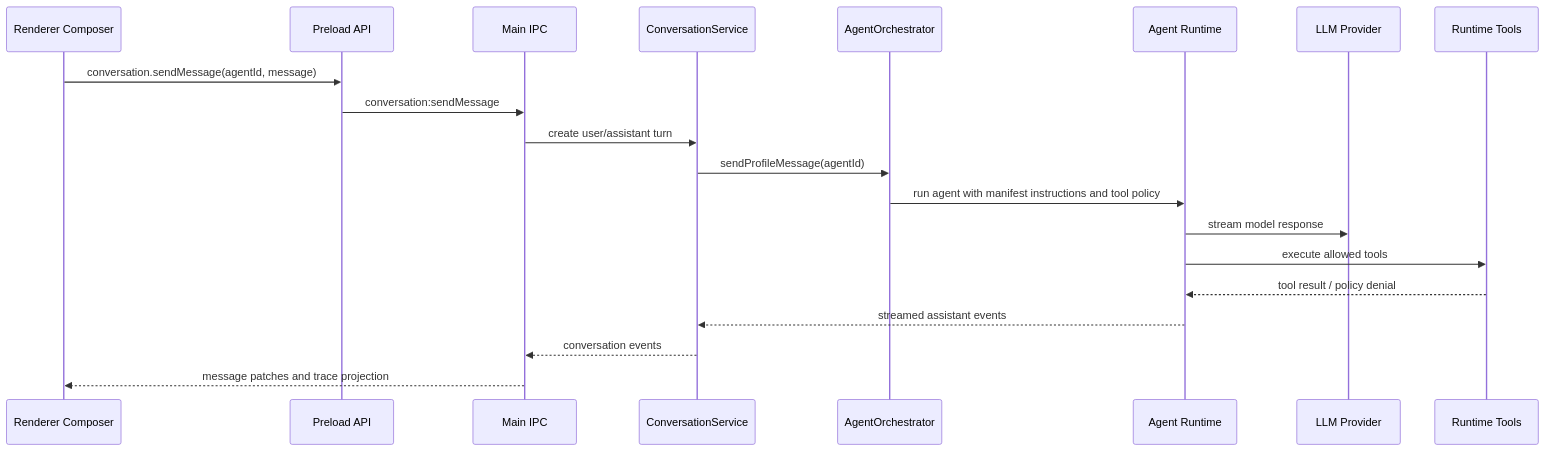
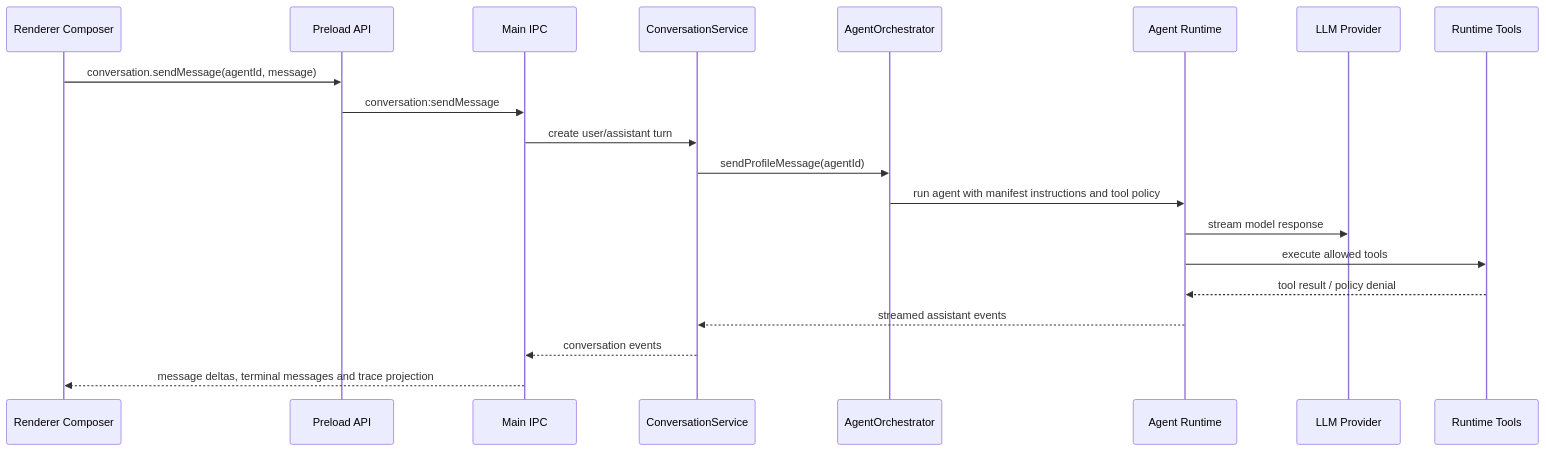
The first of 3 diagrams in docs/architecture/data-flow.md (haolange/RDC-Agent), drawn with Mermaid before and after one commit. The commit also changed other lines of this file and 15 other files, not shown here.

````diff
--- a/docs/architecture/data-flow.md
+++ b/docs/architecture/data-flow.md
@@ -7,23 +7,23 @@
 ```mermaid
 sequenceDiagram
   participant UI as Renderer Composer
   participant API as Preload API
   participant IPC as Main IPC
   participant Conversation as ConversationService
   participant Orchestrator as AgentOrchestrator
   participant Runtime as Agent Runtime
   participant Provider as LLM Provider
   participant Tools as Runtime Tools
 
   UI->>API: conversation.sendMessage(agentId, message)
   API->>IPC: conversation:sendMessage
   IPC->>Conversation: create user/assistant turn
   Conversation->>Orchestrator: sendProfileMessage(agentId)
   Orchestrator->>Runtime: run agent with manifest instructions and tool policy
   Runtime->>Provider: stream model response
   Runtime->>Tools: execute allowed tools
   Tools-->>Runtime: tool result / policy denial
   Runtime-->>Conversation: streamed assistant events
   Conversation-->>IPC: conversation events
-  IPC-->>UI: message patches and trace projection
+  IPC-->>UI: message deltas, terminal messages and trace projection
 ```
````
